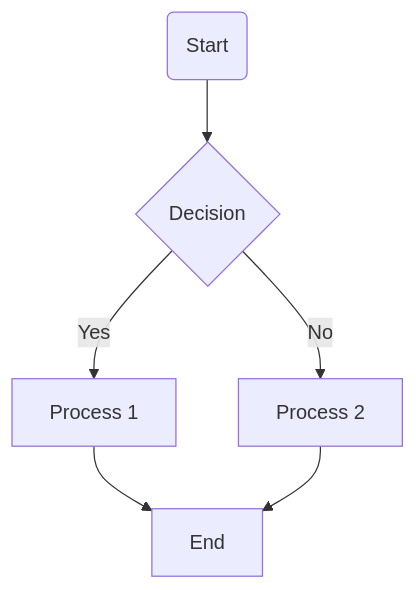
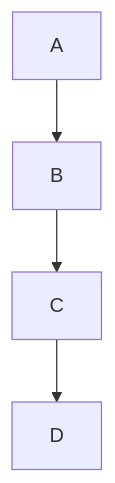
The diagram in docs/source/access-management.rst (ColfaxResearch/cxpn-admin-readthedocs), drawn with Mermaid before and after one commit. The commit also changed 1 other file, not shown here.

Commit message:
Content edit.

```diff
--- a/docs/source/access-management.rst
+++ b/docs/source/access-management.rst
@@ -6,7 +6,6 @@
 .. mermaid::
+
    graph TD;
-       A(Start) --> B{Decision};
-       B -->|Yes| C[Process 1];
-       B -->|No| D[Process 2];
-       C --> E[End];
-       D --> E;
+       A --> B;
+       B --> C;
+       C --> D;
```
